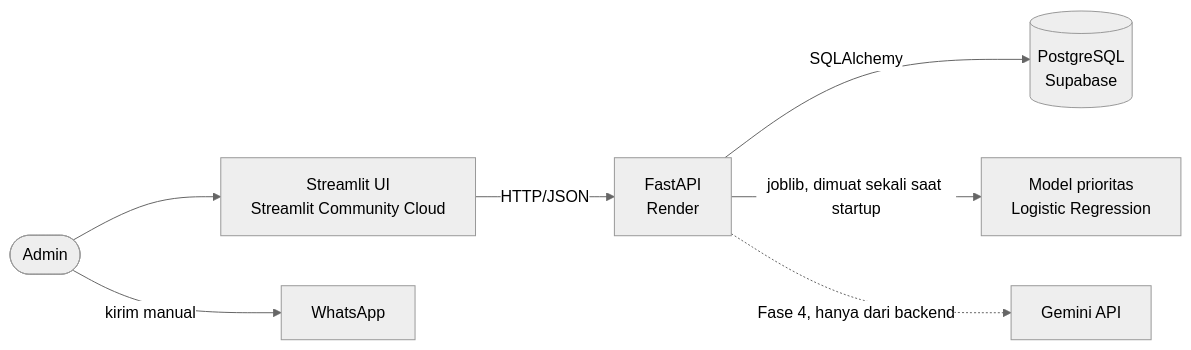
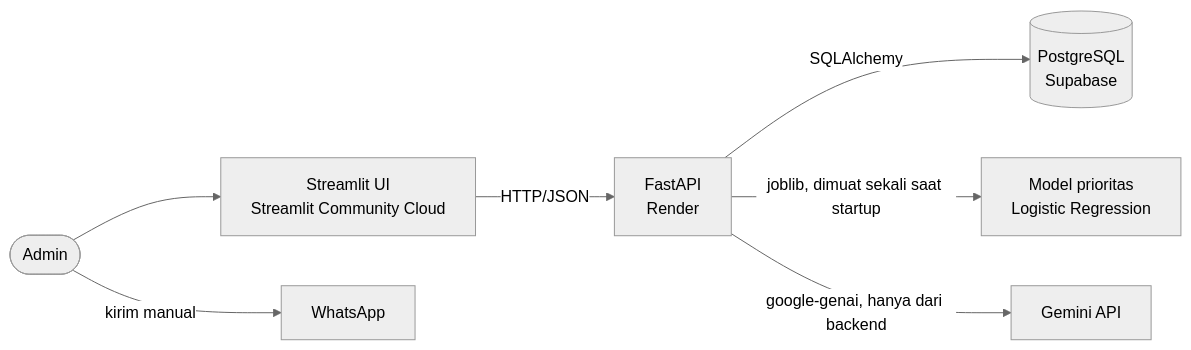
The diagram in docs/ARCHITECTURE.md (eugeniahwd/gymnasium-smart-reminder), drawn with Mermaid (neutral theme) before and after one commit. The commit also changed other lines of this file and 19 other files, not shown here.

````diff
--- a/docs/ARCHITECTURE.md
+++ b/docs/ARCHITECTURE.md
@@ -3,9 +3,9 @@
 ```mermaid
 flowchart LR
     Admin([Admin]) --> UI[Streamlit UI<br/>Streamlit Community Cloud]
     UI -->|HTTP/JSON| API[FastAPI<br/>Render]
     API -->|SQLAlchemy| DB[(PostgreSQL<br/>Supabase)]
     API -->|joblib, dimuat sekali saat startup| ML[Model prioritas<br/>Logistic Regression]
-    API -.->|Fase 4, hanya dari backend| GEM[Gemini API]
+    API -->|google-genai, hanya dari backend| GEM[Gemini API]
     Admin -->|kirim manual| WA[WhatsApp]
 ```
````
